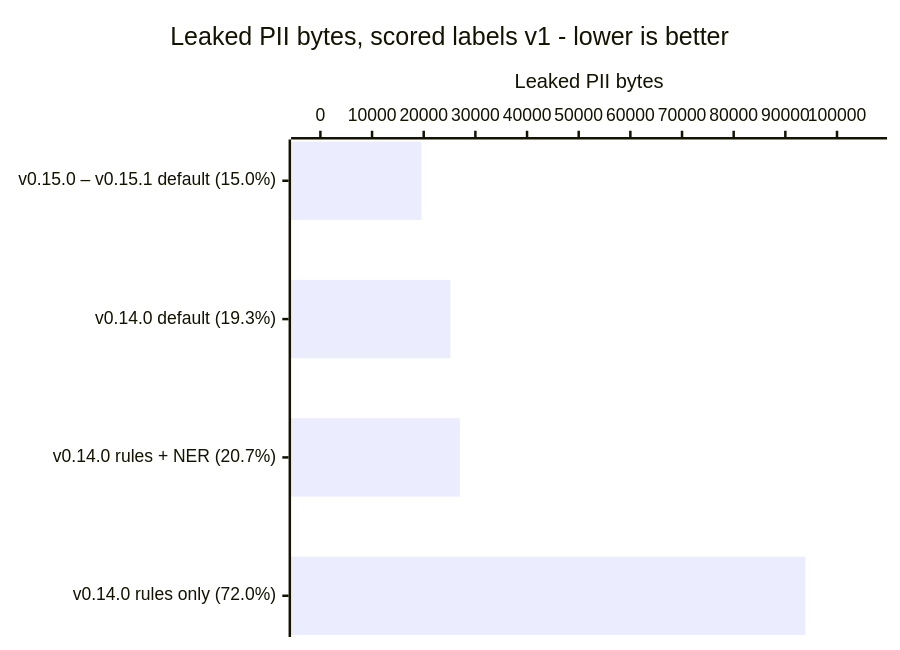
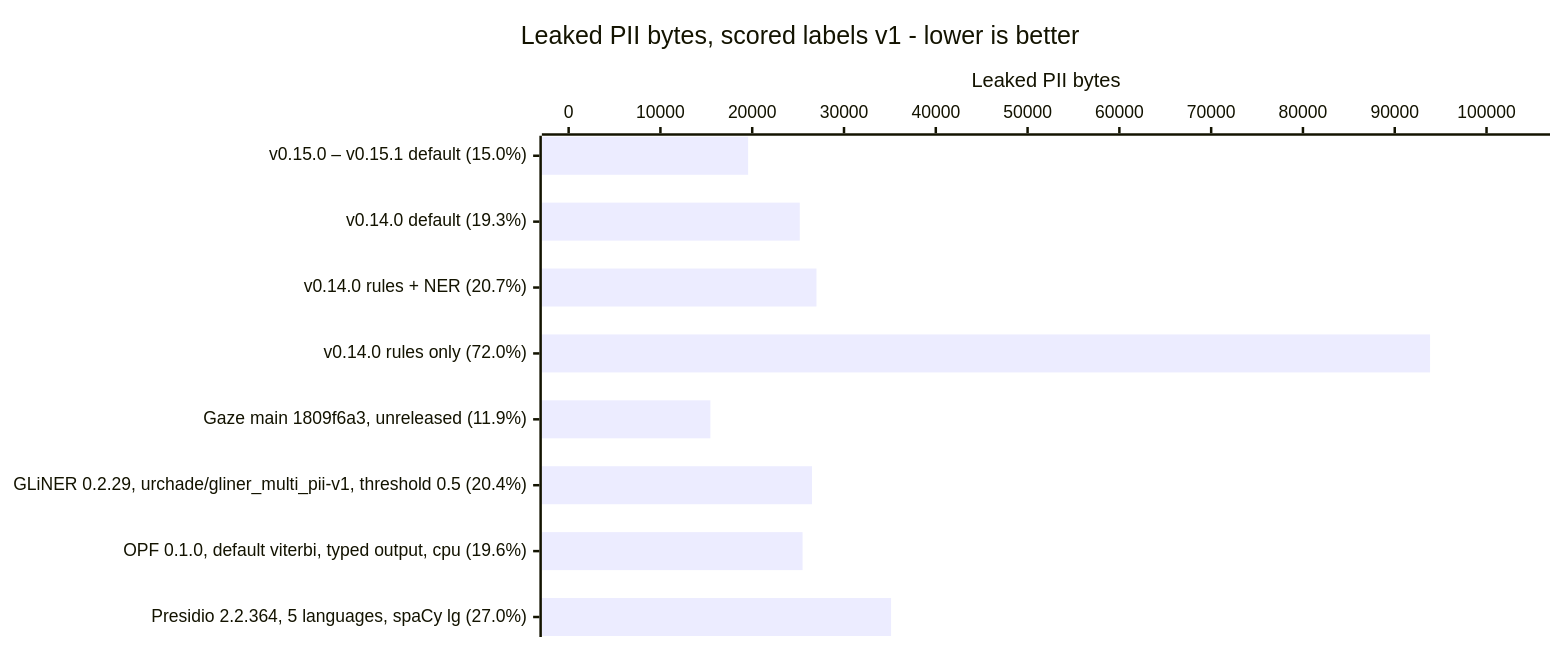
The third of 3 diagrams in README.md (CertaMesh/gaze), drawn with Mermaid before and after one commit. The commit also changed other lines of this file and 3 other files, not shown here.

First line of the commit message:
Show competitor measurements in README benchmark chart (#700)

````diff
--- a/README.md
+++ b/README.md
@@ -54,7 +56,8 @@
 ```mermaid
+%%{init: {'xyChart': {'width': 1200, 'height': 500}}}%%
 xychart-beta horizontal
     title "Leaked PII bytes, scored labels v1 - lower is better"
-    x-axis ["v0.15.0 – v0.15.1 default (15.0%)", "v0.14.0 default (19.3%)", "v0.14.0 rules + NER (20.7%)", "v0.14.0 rules only (72.0%)"]
+    x-axis ["v0.15.0 – v0.15.1 default (15.0%)", "v0.14.0 default (19.3%)", "v0.14.0 rules + NER (20.7%)", "v0.14.0 rules only (72.0%)", "Gaze main 1809f6a3, unreleased (11.9%)", "GLiNER 0.2.29, urchade/gliner_multi_pii-v1, threshold 0.5 (20.4%)", "OPF 0.1.0, default viterbi, typed output, cpu (19.6%)", "Presidio 2.2.364, 5 languages, spaCy lg (27.0%)"]
     y-axis "Leaked PII bytes" 0 --> 104000
-    bar [19556, 25179, 27000, 93850]
+    bar [19556, 25179, 27000, 93850, 15443, 26515, 25485, 35130]
 ```
````
